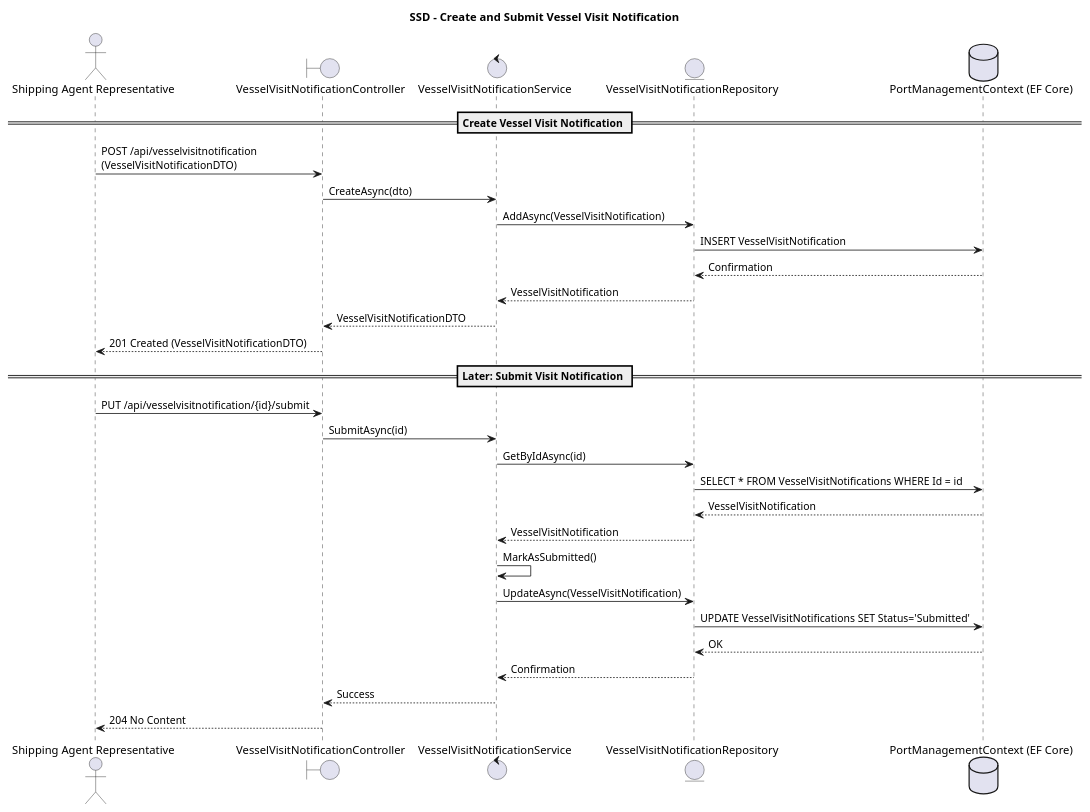
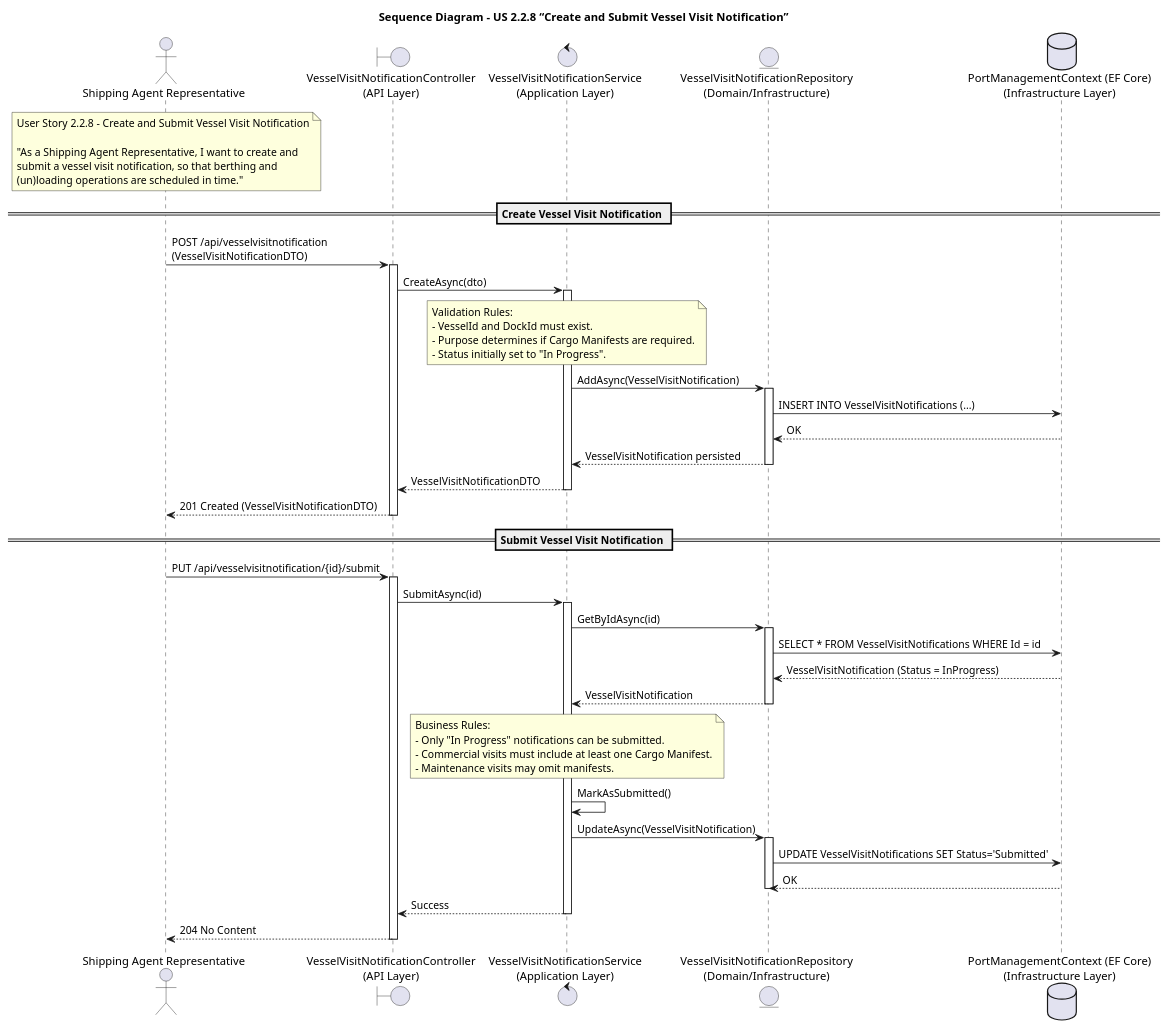
One commit to igor-coutinho22/Port_Management_System changed the diagram in docs/US 2.2.8/Sequence Diagram - US 2.2.8.puml. Above: the diagram before and after it, drawn with PlantUML. The commit also changed 2 other files, not shown here.

```diff
--- a/docs/US 2.2.8/Sequence Diagram - US 2.2.8.puml
+++ b/docs/US 2.2.8/Sequence Diagram - US 2.2.8.puml
@@ -1,36 +1,73 @@
 @startuml
-title SSD - Create and Submit Vessel Visit Notification
+title Sequence Diagram – US 2.2.8 “Create and Submit Vessel Visit Notification”
 
 actor "Shipping Agent Representative" as Agent
-boundary "VesselVisitNotificationController" as Controller
-control "VesselVisitNotificationService" as Service
-entity "VesselVisitNotificationRepository" as Repository
-database "PortManagementContext (EF Core)" as DB
+boundary "VesselVisitNotificationController\n(API Layer)" as Controller
+control "VesselVisitNotificationService\n(Application Layer)" as Service
+entity "VesselVisitNotificationRepository\n(Domain/Infrastructure)" as Repository
+database "PortManagementContext (EF Core)\n(Infrastructure Layer)" as DB
+
+note over Agent
+User Story 2.2.8 – Create and Submit Vessel Visit Notification
+
+"As a Shipping Agent Representative, I want to create and
+submit a vessel visit notification, so that berthing and
+(un)loading operations are scheduled in time."
+end note
 
 == Create Vessel Visit Notification ==
+
 Agent -> Controller : POST /api/vesselvisitnotification\n(VesselVisitNotificationDTO)
+activate Controller
 Controller -> Service : CreateAsync(dto)
+activate Service
+
+note over Service
+Validation Rules:
+- VesselId and DockId must exist.
+- Purpose determines if Cargo Manifests are required.
+- Status initially set to "In Progress".
+end note
+
 Service -> Repository : AddAsync(VesselVisitNotification)
-Repository -> DB : INSERT VesselVisitNotification
-DB --> Repository : Confirmation
-Repository --> Service : VesselVisitNotification
+activate Repository
+Repository -> DB : INSERT INTO VesselVisitNotifications (...)
+DB --> Repository : OK
+Repository --> Service : VesselVisitNotification persisted
+deactivate Repository
 Service --> Controller : VesselVisitNotificationDTO
+deactivate Service
 Controller --> Agent : 201 Created (VesselVisitNotificationDTO)
+deactivate Controller
 
- == Later: Submit Visit Notification ==
+== Submit Vessel Visit Notification ==
 
 Agent -> Controller : PUT /api/vesselvisitnotification/{id}/submit
+activate Controller
 Controller -> Service : SubmitAsync(id)
+activate Service
 Service -> Repository : GetByIdAsync(id)
+activate Repository
 Repository -> DB : SELECT * FROM VesselVisitNotifications WHERE Id = id
-DB --> Repository : VesselVisitNotification
+DB --> Repository : VesselVisitNotification (Status = InProgress)
 Repository --> Service : VesselVisitNotification
+deactivate Repository
+
+note over Service
+Business Rules:
+- Only "In Progress" notifications can be submitted.
+- Commercial visits must include at least one Cargo Manifest.
+- Maintenance visits may omit manifests.
+end note
+
 Service -> Service : MarkAsSubmitted()
 Service -> Repository : UpdateAsync(VesselVisitNotification)
+activate Repository
 Repository -> DB : UPDATE VesselVisitNotifications SET Status='Submitted'
 DB --> Repository : OK
-Repository --> Service : Confirmation
+deactivate Repository
 Service --> Controller : Success
+deactivate Service
 Controller --> Agent : 204 No Content
-
+deactivate Controller
 @enduml
```
